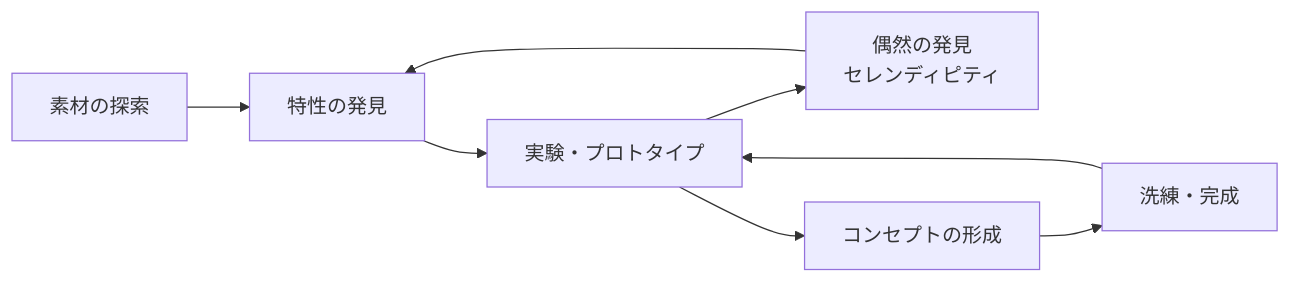
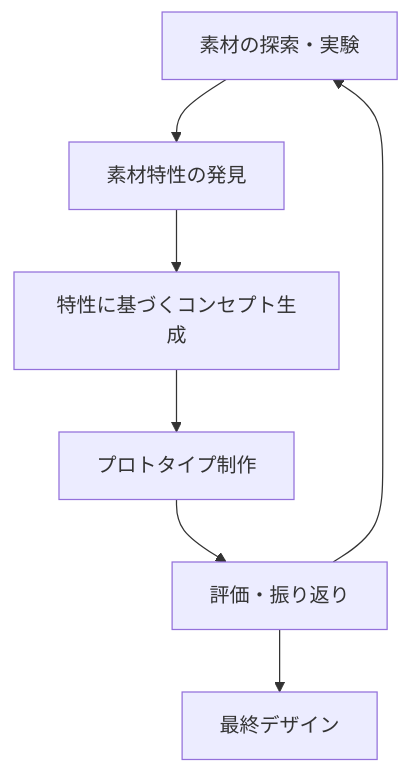
The third of 3 diagrams in docs/books/04-critical-making/ch01-materials-craft.md (Hide-nu/Designer-curriculum), drawn with Mermaid before and after one commit. The commit also changed other lines of this file and 13 other files, not shown here.

````diff
--- a/docs/books/04-critical-making/ch01-materials-craft.md
+++ b/docs/books/04-critical-making/ch01-materials-craft.md
@@ -90,10 +125,9 @@
 ```mermaid
-graph LR
-    A[素材の探索] --> B[特性の発見]
-    B --> C[実験・プロトタイプ]
-    C --> D[偶然の発見<br>セレンディピティ]
-    D --> B
-    C --> E[コンセプトの形成]
-    E --> F[洗練・完成]
-    F --> C
+graph TD
+    A[素材の探索・実験] --> B[素材特性の発見]
+    B --> C[特性に基づくコンセプト生成]
+    C --> D[プロトタイプ制作]
+    D --> E[評価・振り返り]
+    E --> A
+    E --> F[最終デザイン]
 ```
````
